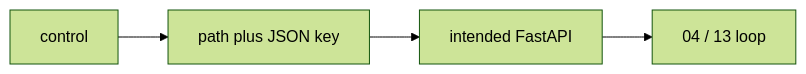
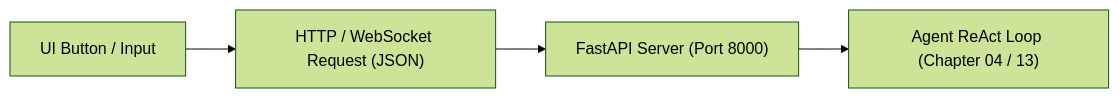
One commit to jacobbweber/AgenticAI-Labs changed the diagram in resources/notes/07_surface_map.md. Above: the diagram before and after it, drawn with Mermaid (forest theme). The commit also changed other lines of this file and 123 other files, not shown here.

````diff
--- a/resources/notes/07_surface_map.md
+++ b/resources/notes/07_surface_map.md
@@ -19,10 +23,11 @@
 ```mermaid
 flowchart LR
-    notes07_btn["control"]
-    notes07_http["path plus JSON key"]
-    notes07_api["intended FastAPI"]
-    notes07_loop["04 / 13 loop"]
+    notes07_btn["UI Button / Input"]
+    notes07_http["HTTP / WebSocket Request (JSON)"]
+    notes07_api["FastAPI Server (Port 8000)"]
+    notes07_loop["Agent ReAct Loop (Chapter 04 / 13)"]
+    
     notes07_btn --> notes07_http
     notes07_http --> notes07_api
     notes07_api --> notes07_loop
 ```
````
